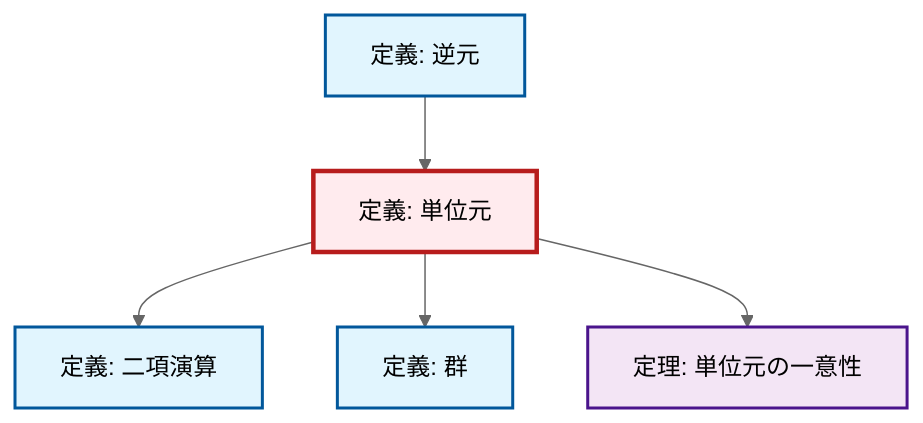
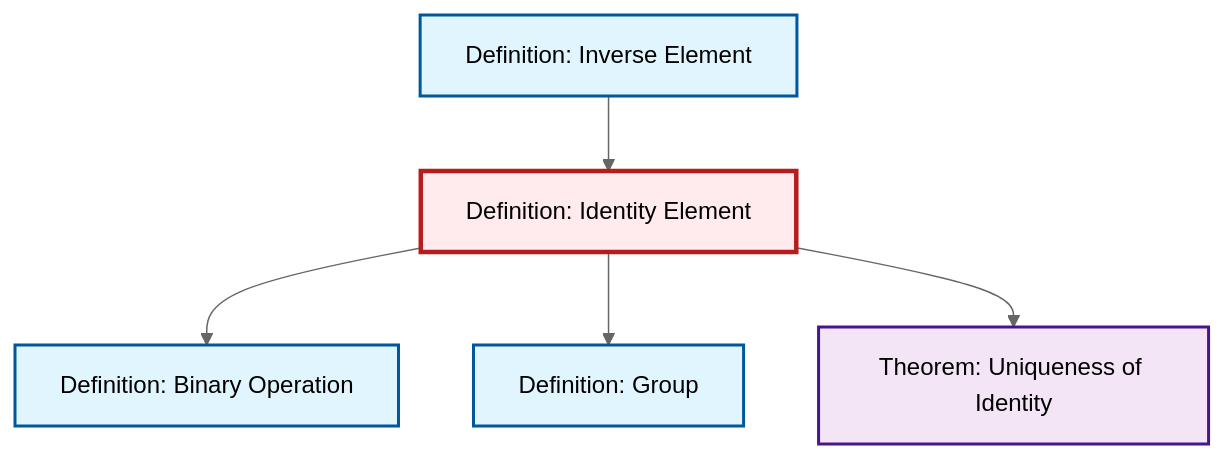
One commit to RK0429/ModernMath changed the diagram in content/ja/algebra/def-identity-element.qmd. Above: the diagram before and after it, drawn with Mermaid (neutral theme). The commit also changed 203 other files, not shown here.

````diff
--- a/content/ja/algebra/def-identity-element.qmd
+++ b/content/ja/algebra/def-identity-element.qmd
@@ -81,24 +81,19 @@
 ```{mermaid}
-%%| fig-cap: "局所依存関係グラフ"
+%%| fig-cap: "Local dependency graph"
 graph TD
     classDef definition fill:#e1f5fe,stroke:#01579b,stroke-width:2px
     classDef theorem fill:#f3e5f5,stroke:#4a148c,stroke-width:2px
     classDef axiom fill:#fff3e0,stroke:#e65100,stroke-width:2px
     classDef example fill:#e8f5e9,stroke:#1b5e20,stroke-width:2px
     classDef current fill:#ffebee,stroke:#b71c1c,stroke-width:3px
-    def-group["定義: 群"]:::definition
-    def-identity-element["定義: 単位元"]:::definition
-    def-binary-operation["定義: 二項演算"]:::definition
-    def-inverse-element["定義: 逆元"]:::definition
-    thm-unique-identity["定理: 単位元の一意性"]:::theorem
+    def-group["Definition: Group"]:::definition
+    def-identity-element["Definition: Identity Element"]:::definition
+    def-binary-operation["Definition: Binary Operation"]:::definition
+    def-inverse-element["Definition: Inverse Element"]:::definition
+    thm-unique-identity["Theorem: Uniqueness of Identity"]:::theorem
     def-inverse-element --> def-identity-element
     def-identity-element --> def-binary-operation
     def-identity-element --> def-group
     def-identity-element --> thm-unique-identity
     class def-identity-element current
-
-    click def-group "def-group.html" "群の定義へ"
-    click def-binary-operation "def-binary-operation.html" "二項演算の定義へ"
-    click def-inverse-element "def-inverse-element.html" "逆元の定義へ"
-    click thm-unique-identity "thm-unique-identity.html" "単位元の一意性の定理へ"
 ```
````
